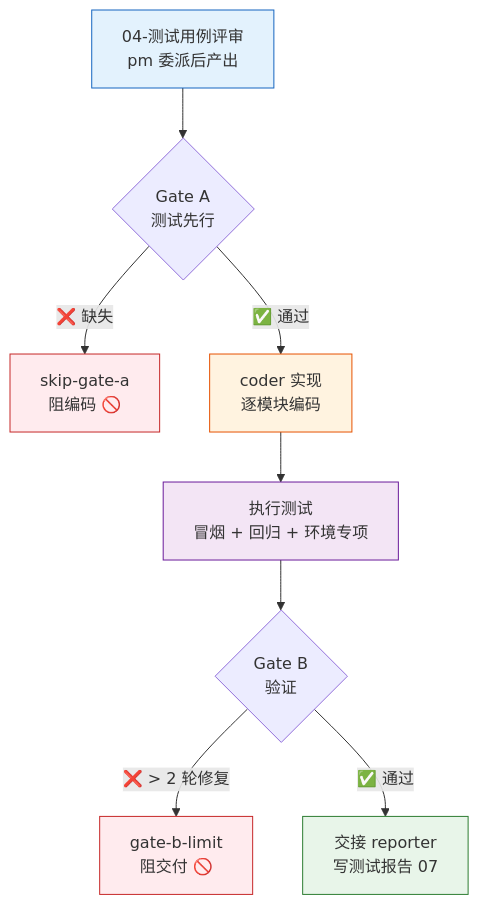
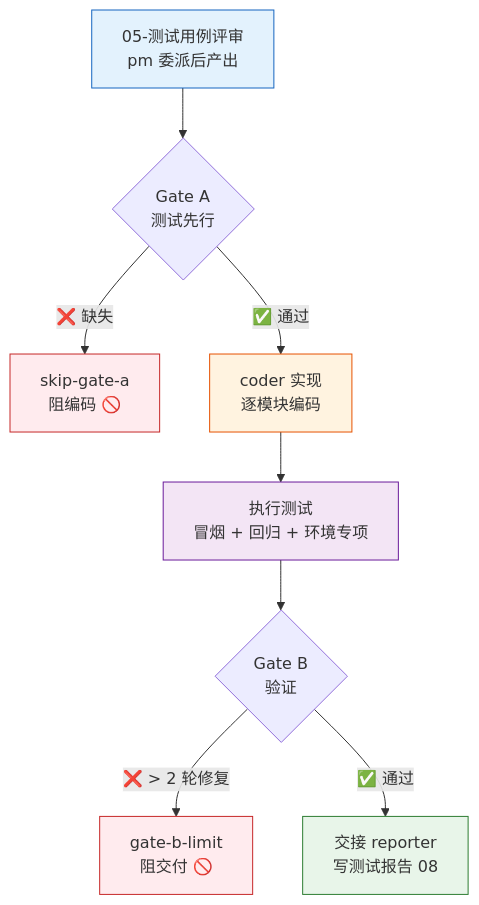
Before and after one commit to effiy/YrY: the first of 7 diagrams in agents/tester.md, drawn with Mermaid. The commit also changed other lines of this file and 11 other files, not shown here.

````diff
--- a/agents/tester.md
+++ b/agents/tester.md
@@ -16,16 +16,16 @@
 ```mermaid
 flowchart TB
-    DOC["04-测试用例评审<br/>pm 委派后产出"]:::doc --> GA{"Gate A<br/>测试先行"}
+    DOC["05-测试用例评审<br/>pm 委派后产出"]:::doc --> GA{"Gate A<br/>测试先行"}
     GA -->|"❌ 缺失"| X1["skip-gate-a<br/>阻编码 🚫"]:::block
     GA -->|"✅ 通过"| CODE["coder 实现<br/>逐模块编码"]:::impl
     CODE --> RUN["执行测试<br/>冒烟 + 回归 + 环境专项"]:::run
     RUN --> GB{"Gate B<br/>验证"}
     GB -->|"❌ > 2 轮修复"| X2["gate-b-limit<br/>阻交付 🚫"]:::block
-    GB -->|"✅ 通过"| DONE["交接 reporter<br/>写测试报告 07"]:::done
+    GB -->|"✅ 通过"| DONE["交接 reporter<br/>写测试报告 08"]:::done
 
     classDef doc fill:#e3f2fd,stroke:#1565c0;
     classDef block fill:#ffebee,stroke:#c62828;
     classDef impl fill:#fff3e0,stroke:#e65100;
     classDef run fill:#f3e5f5,stroke:#6a1b9a;
     classDef done fill:#e8f5e9,stroke:#2e7d32;
 ```
````
